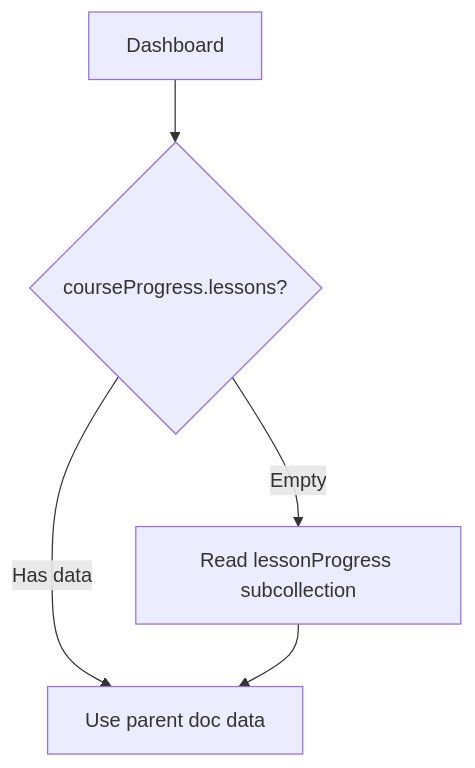
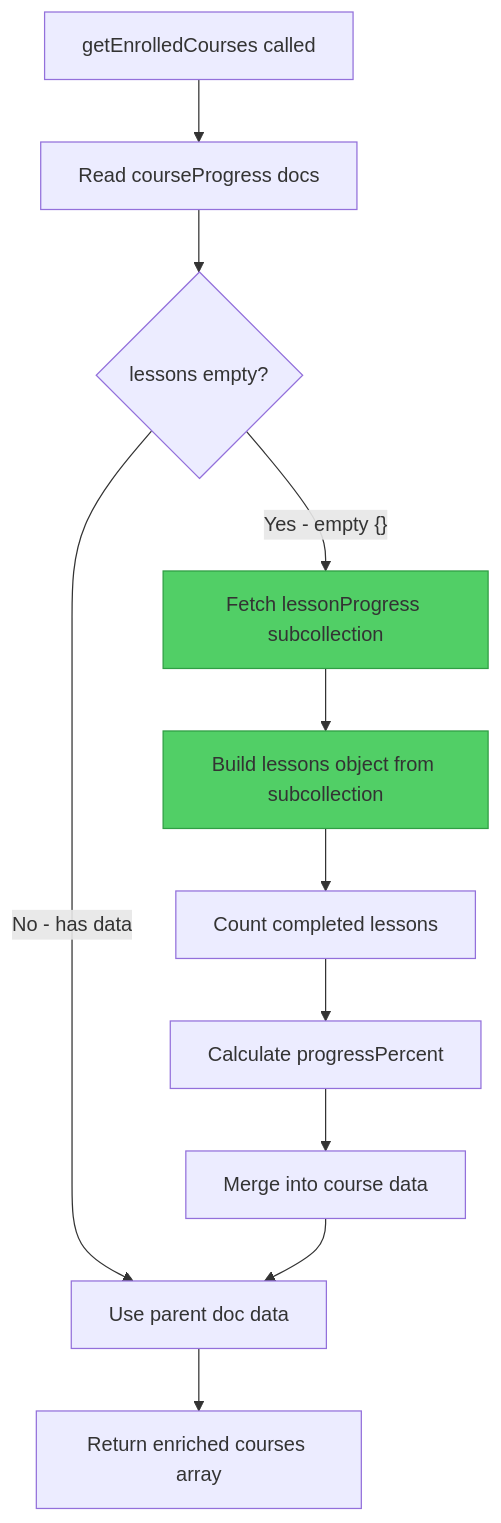
One commit to nathanbaker-ao/swe-hackers changed the seventh of 7 diagrams in diagrams_and_docs/progress-data-flow.md. Above: the diagram before and after it, drawn with Mermaid. The commit also changed other lines of this file, not shown here.

First line of the commit message:
Docs: Add detailed textual descriptions to data flow diagrams

````diff
--- a/diagrams_and_docs/progress-data-flow.md
+++ b/diagrams_and_docs/progress-data-flow.md
@@ -233,7 +426,20 @@
 ```mermaid
 flowchart TD
-    D[Dashboard] --> CP{courseProgress.lessons?}
-    CP -->|"Empty"| LP[Read lessonProgress subcollection]
-    CP -->|"Has data"| Use[Use parent doc data]
-    LP --> Use
+    GEC[getEnrolledCourses called]
+    GEC --> READ[Read courseProgress docs]
+    READ --> CHECK{lessons empty?}
+    
+    CHECK -->|"No - has data"| USE[Use parent doc data]
+    CHECK -->|"Yes - empty {}"| FETCH[Fetch lessonProgress subcollection]
+    
+    FETCH --> BUILD[Build lessons object from subcollection]
+    BUILD --> COUNT[Count completed lessons]
+    COUNT --> CALC[Calculate progressPercent]
+    CALC --> MERGE[Merge into course data]
+    MERGE --> USE
+    
+    USE --> RETURN[Return enriched courses array]
+    
+    style FETCH fill:#51cf66,stroke:#2f9e44
+    style BUILD fill:#51cf66,stroke:#2f9e44
 ```
````
